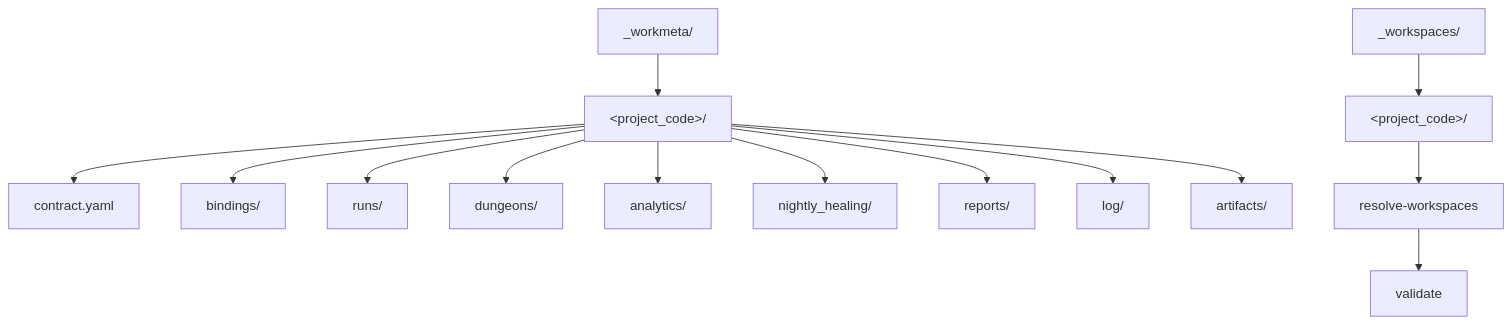
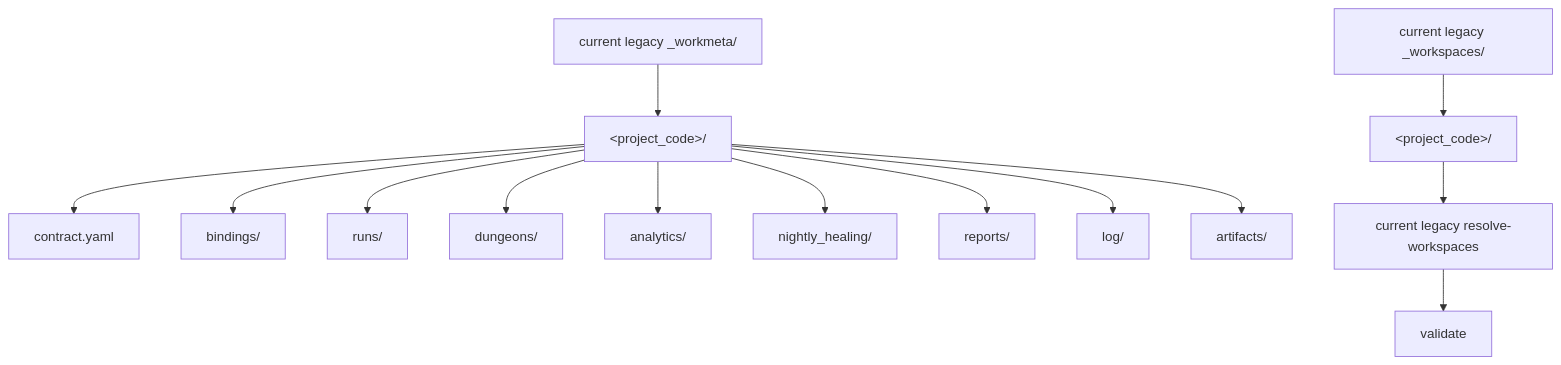
The diagram in docs/architecture/workspace/WORKMETA_RESOLVE_CONTRACT.md (SungYongMOON/soulforge), drawn with Mermaid before and after one commit. The commit also changed other lines of this file and 17 other files, not shown here.

````diff
--- a/docs/architecture/workspace/WORKMETA_RESOLVE_CONTRACT.md
+++ b/docs/architecture/workspace/WORKMETA_RESOLVE_CONTRACT.md
@@ -10,16 +11,16 @@
 ```mermaid
 flowchart TD
-  W["_workspaces/"] --> P["&lt;project_code&gt;/"]
-  WM["_workmeta/"] --> PA["&lt;project_code&gt;/"]
+  W["current legacy _workspaces/"] --> P["&lt;project_code&gt;/"]
+  WM["current legacy _workmeta/"] --> PA["&lt;project_code&gt;/"]
   PA --> C["contract.yaml"]
   PA --> B["bindings/"]
   PA --> R["runs/"]
   PA --> D["dungeons/"]
   PA --> A["analytics/"]
   PA --> N["nightly_healing/"]
   PA --> RP["reports/"]
   PA --> LOG["log/"]
   PA --> AR["artifacts/"]
-  P --> RW["resolve-workspaces"]
+  P --> RW["current legacy resolve-workspaces"]
   RW --> VD["validate"]
 ```
````
